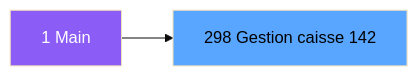
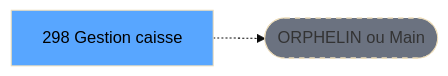
One commit to thonyAGP/lecteur-magic changed the second of 3 diagrams in .openspec/specs/ADH-IDE-298.md. Above: the diagram before and after it, drawn with Mermaid (base theme). The commit also changed other lines of this file and 701 other files, not shown here.

````diff
--- a/.openspec/specs/ADH-IDE-298.md
+++ b/.openspec/specs/ADH-IDE-298.md
@@ -128,8 +131,8 @@
 ```mermaid
 graph LR
-    M[1 Main]
-    T[298 Gestion caisse 142]
-    M --> T
-    style M fill:#8b5cf6,color:#fff
+    T[298 Gestion caisse ]
+    ORPHAN([ORPHELIN ou Main])
+    T -.-> ORPHAN
     style T fill:#58a6ff,color:#000
+    style ORPHAN fill:#6b7280,stroke-dasharray: 5 5
 ```
````
